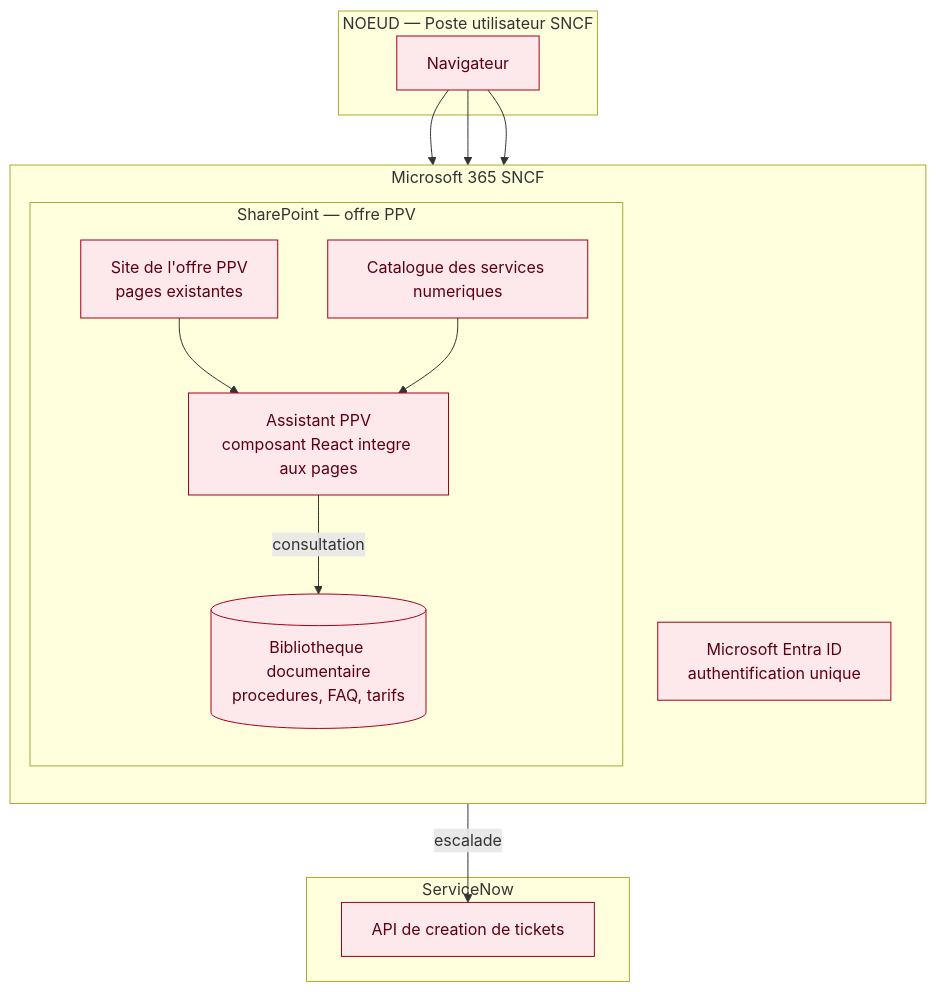
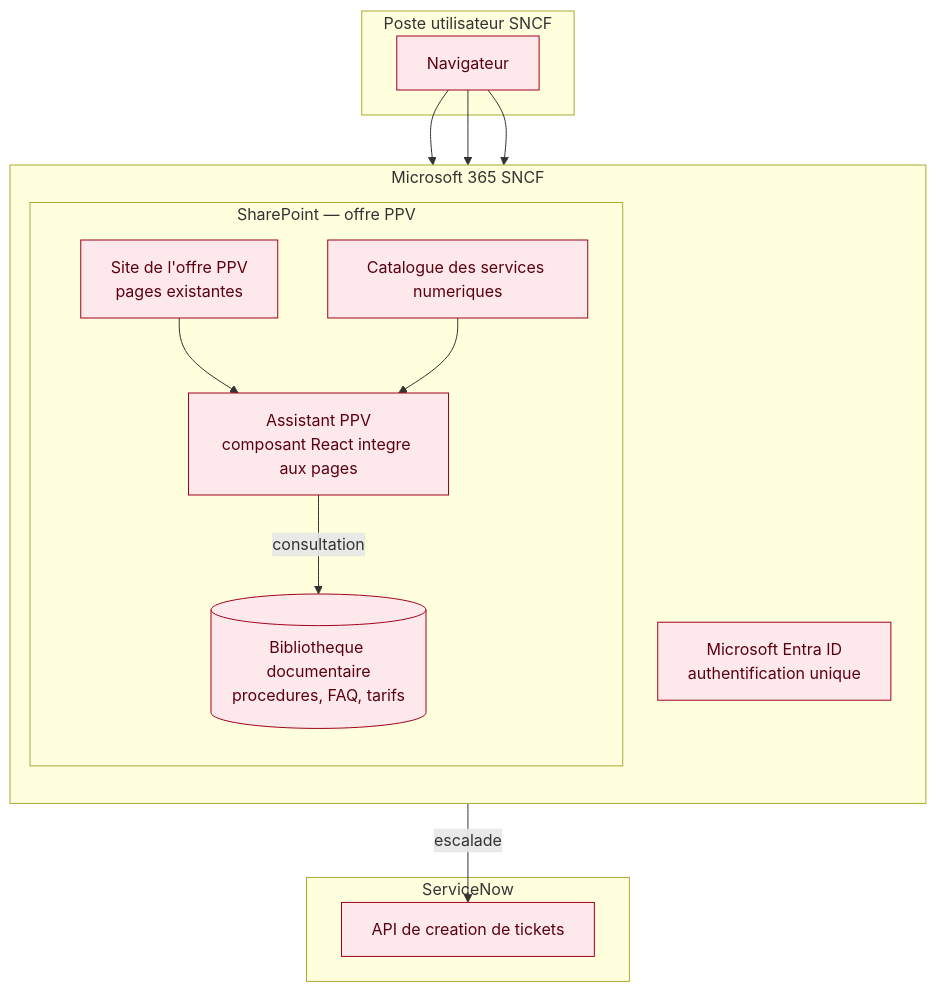
One commit to margotmc-web/Chatbot_PPV_BC07 changed the second of 3 diagrams in 12bis-diagramme-deploiement.md. Above: the diagram before and after it, drawn with Mermaid. The commit also changed other lines of this file, not shown here.

````diff
--- a/12bis-diagramme-deploiement.md
+++ b/12bis-diagramme-deploiement.md
@@ -58,32 +58,32 @@
 ```mermaid
 flowchart TB
-    subgraph POSTE["NOEUD — Poste utilisateur SNCF"]
+    subgraph POSTE["Poste utilisateur SNCF"]
         U1["Navigateur"]
     end
 
     subgraph M365["Microsoft 365 SNCF"]
         direction TB
         subgraph SP["SharePoint — offre PPV"]
             S1["Site de l'offre PPV<br/>pages existantes"]
             S4["Catalogue des services numeriques"]
             S2["Assistant PPV<br/>composant React integre aux pages"]
             S3[("Bibliotheque documentaire<br/>procedures, FAQ, tarifs")]
         end
         AD["Microsoft Entra ID<br/>authentification unique"]
     end
 
     subgraph SN["ServiceNow"]
         T1["API de creation de tickets"]
     end
 
     U1 --> S1
     U1 --> S4
     S1 --> S2
     S4 --> S2
     U1 --> AD
     S2 -->|consultation| S3
     S2 -->|escalade| T1
 
     classDef todo fill:#fde9ec,stroke:#a1001c,color:#5c0010;
     class U1,S1,S4,S2,S3,AD,T1 todo
 ```
````
